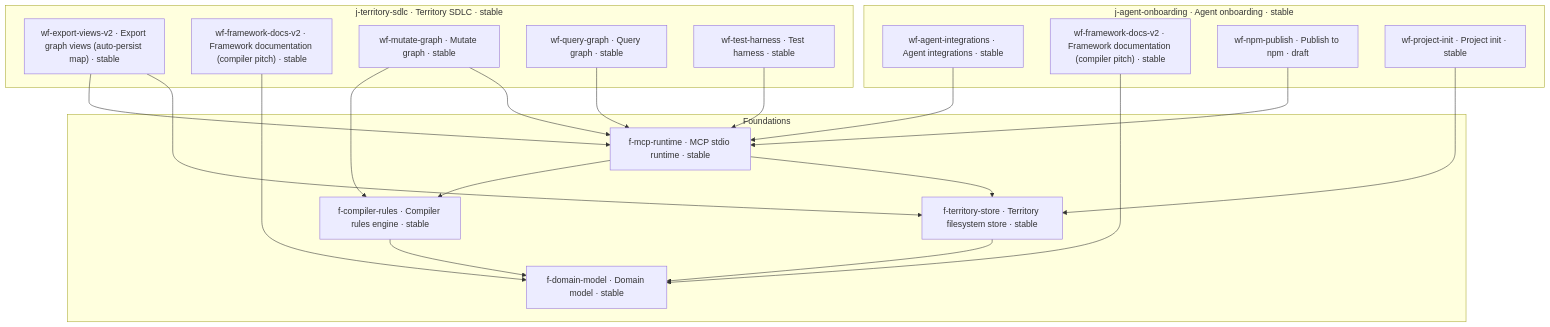
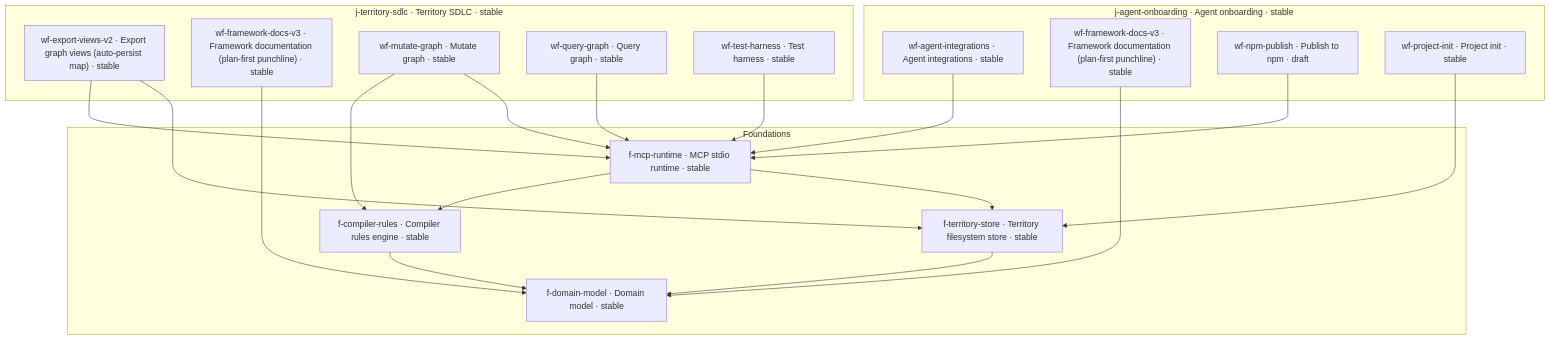
One commit to nbiro/mindplan changed the diagram in mindplan/map.md. Above: the diagram before and after it, drawn with Mermaid. The commit also changed 6 other files, not shown here.

````diff
--- a/mindplan/map.md
+++ b/mindplan/map.md
@@ -5,37 +5,37 @@
 ```mermaid
 flowchart TB
   subgraph foundations["Foundations"]
     f_compiler_rules["f-compiler-rules · Compiler rules engine · stable"]
     f_domain_model["f-domain-model · Domain model · stable"]
     f_mcp_runtime["f-mcp-runtime · MCP stdio runtime · stable"]
     f_territory_store["f-territory-store · Territory filesystem store · stable"]
   end
   subgraph journey_j_agent_onboarding["j-agent-onboarding · Agent onboarding · stable"]
     wf_agent_integrations__in__j_agent_onboarding["wf-agent-integrations · Agent integrations · stable"]
-    wf_framework_docs_v2__in__j_agent_onboarding["wf-framework-docs-v2 · Framework documentation (compiler pitch) · stable"]
+    wf_framework_docs_v3__in__j_agent_onboarding["wf-framework-docs-v3 · Framework documentation (plan-first punchline) · stable"]
     wf_npm_publish__in__j_agent_onboarding["wf-npm-publish · Publish to npm · draft"]
     wf_project_init__in__j_agent_onboarding["wf-project-init · Project init · stable"]
   end
   subgraph journey_j_territory_sdlc["j-territory-sdlc · Territory SDLC · stable"]
     wf_export_views_v2__in__j_territory_sdlc["wf-export-views-v2 · Export graph views (auto-persist map) · stable"]
-    wf_framework_docs_v2__in__j_territory_sdlc["wf-framework-docs-v2 · Framework documentation (compiler pitch) · stable"]
+    wf_framework_docs_v3__in__j_territory_sdlc["wf-framework-docs-v3 · Framework documentation (plan-first punchline) · stable"]
     wf_mutate_graph__in__j_territory_sdlc["wf-mutate-graph · Mutate graph · stable"]
     wf_query_graph__in__j_territory_sdlc["wf-query-graph · Query graph · stable"]
     wf_test_harness__in__j_territory_sdlc["wf-test-harness · Test harness · stable"]
   end
   f_compiler_rules --> f_domain_model
   f_mcp_runtime --> f_compiler_rules
   f_mcp_runtime --> f_territory_store
   f_territory_store --> f_domain_model
   wf_agent_integrations__in__j_agent_onboarding --> f_mcp_runtime
   wf_export_views_v2__in__j_territory_sdlc --> f_mcp_runtime
   wf_export_views_v2__in__j_territory_sdlc --> f_territory_store
-  wf_framework_docs_v2__in__j_agent_onboarding --> f_domain_model
-  wf_framework_docs_v2__in__j_territory_sdlc --> f_domain_model
+  wf_framework_docs_v3__in__j_agent_onboarding --> f_domain_model
+  wf_framework_docs_v3__in__j_territory_sdlc --> f_domain_model
   wf_mutate_graph__in__j_territory_sdlc --> f_compiler_rules
   wf_mutate_graph__in__j_territory_sdlc --> f_mcp_runtime
   wf_npm_publish__in__j_agent_onboarding --> f_mcp_runtime
   wf_project_init__in__j_agent_onboarding --> f_territory_store
   wf_query_graph__in__j_territory_sdlc --> f_mcp_runtime
   wf_test_harness__in__j_territory_sdlc --> f_mcp_runtime
 ```
````
